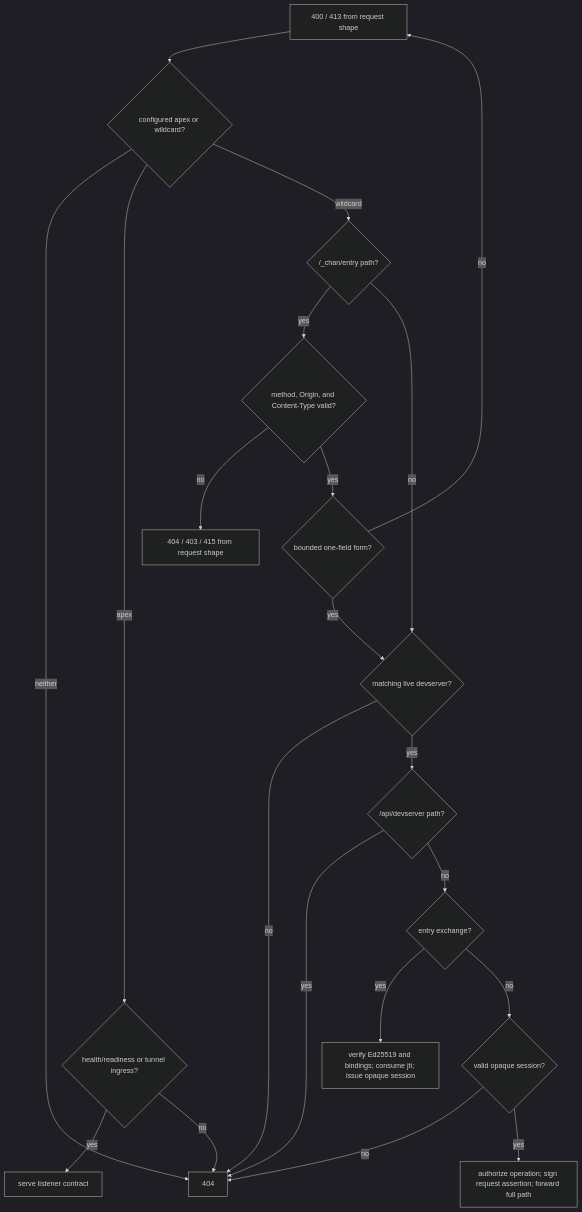
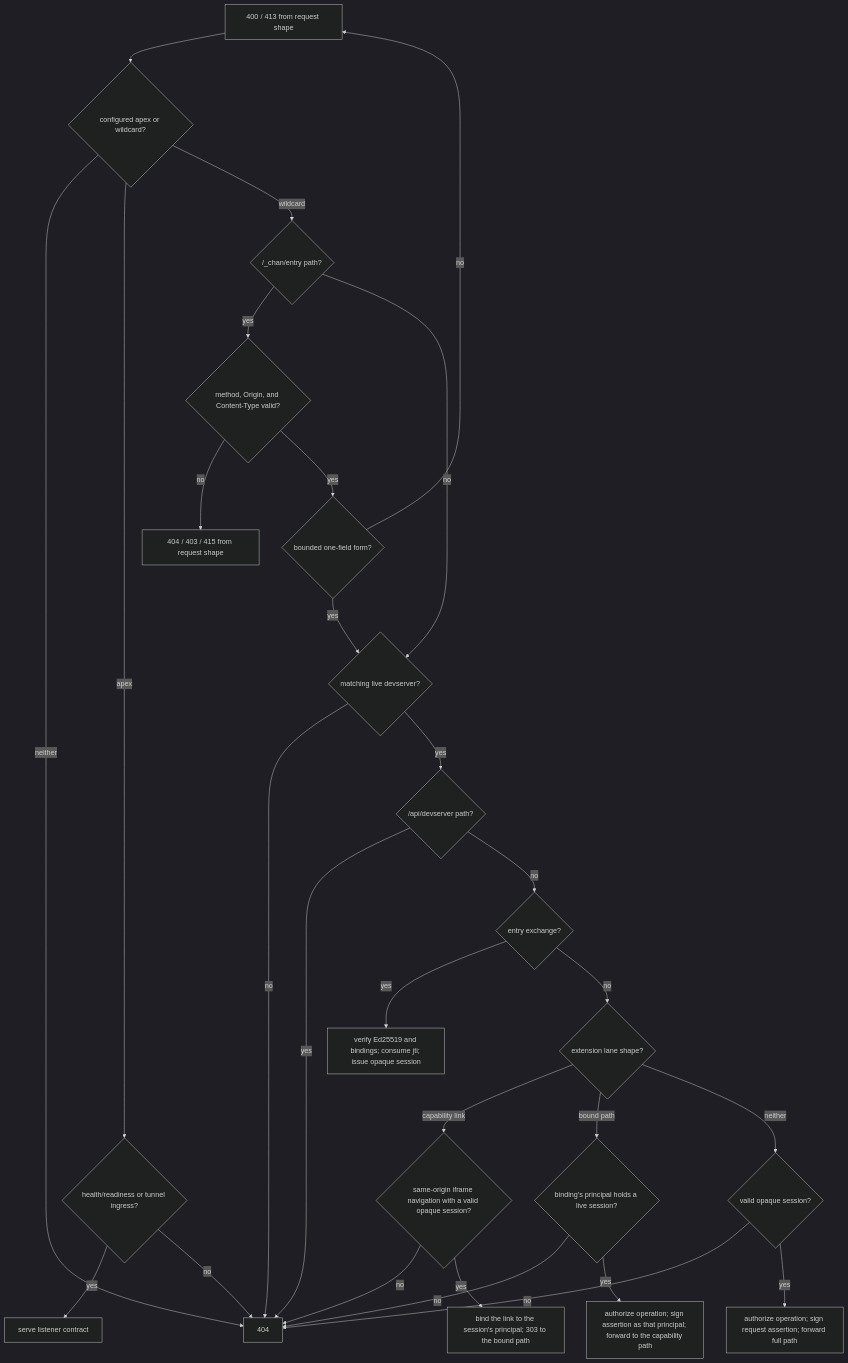
Before and after one commit to fiorix/chan: the diagram in gateway/crates/devserver-proxy/design.md, drawn with Mermaid (dark theme). The commit also changed other lines of this file and 7 other files, not shown here.

````diff
--- a/gateway/crates/devserver-proxy/design.md
+++ b/gateway/crates/devserver-proxy/design.md
@@ -33,23 +35,30 @@
 ```mermaid
 flowchart TD
     R[Request] --> H{configured apex or wildcard?}
     H -->|neither| N[404]
     H -->|apex| A{health/readiness or tunnel ingress?}
     A -->|yes| S[serve listener contract]
     A -->|no| N
     H -->|wildcard| E{/_chan/entry path?}
     E -->|yes| Q{method, Origin, and Content-Type valid?}
     Q -->|no| F[404 / 403 / 415 from request shape]
     Q -->|yes| V{bounded one-field form?}
     V -->|no| R[400 / 413 from request shape]
     V -->|yes| L{matching live devserver?}
     E -->|no| L
     L -->|no| N
     L -->|yes| M{/api/devserver path?}
     M -->|yes| N
     M -->|no| B{entry exchange?}
     B -->|yes| X[verify Ed25519 and bindings; consume jti; issue opaque session]
-    B -->|no| C{valid opaque session?}
+    B -->|no| K{extension lane shape?}
+    K -->|capability link| G{same-origin iframe navigation with a valid opaque session?}
+    G -->|no| N
+    G -->|yes| Y[bind the link to the session's principal; 303 to the bound path]
+    K -->|bound path| Z{binding's principal holds a live session?}
+    Z -->|no| N
+    Z -->|yes| W[authorize operation; sign assertion as that principal; forward to the capability path]
+    K -->|neither| C{valid opaque session?}
     C -->|no| N
     C -->|yes| P[authorize operation; sign request assertion; forward full path]
 ```
````
